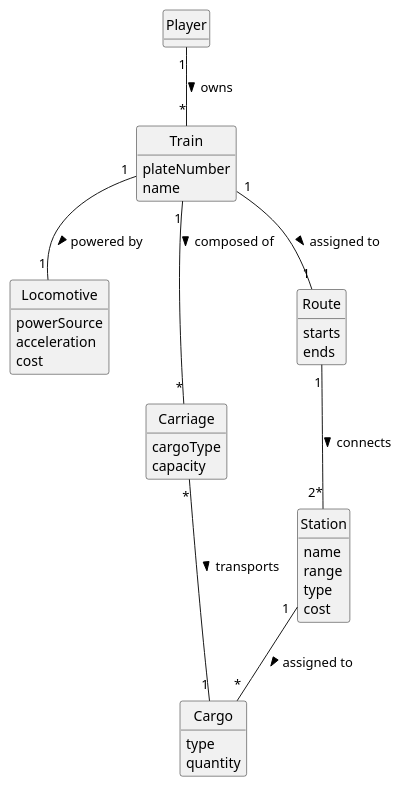
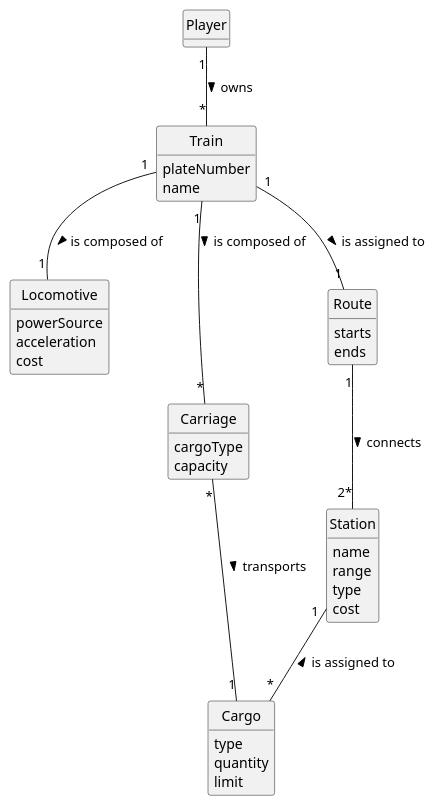
One commit to 1240826/empire-on-tracks changed the diagram in docs/system-documentation/US010/02.analysis/puml/US010-DM.puml. Above: the diagram before and after it, drawn with PlantUML. The commit also changed 9 other files, not shown here.

```diff
--- a/docs/system-documentation/US010/02.analysis/puml/US010-DM.puml
+++ b/docs/system-documentation/US010/02.analysis/puml/US010-DM.puml
@@ -1,57 +1,58 @@
 @startuml
 skinparam monochrome true
 skinparam packageStyle rectangle
 skinparam shadowing false
 
 skinparam classAttributeIconSize 0
 
 hide circle
 hide methods
 
 'title Domain Model for US010 - Assign a Train to a Route
 
 class Player {
 }
 
 class Train {
     plateNumber
     name
 }
 
 class Locomotive {
     powerSource
     acceleration
     cost
 }
 
 class Carriage {
     cargoType
     capacity
 }
 
 class Route {
     starts
     ends
 }
 
 class Station {
     name
     range
     type
     cost
 }
 
 class Cargo {
     type
     quantity
+    limit
 }
 
 Player "1" -- "*" Train : owns >
-Train "1" -- "1" Route : assigned to >
-Train "1" -- "1" Locomotive : powered by >
-Train "1" -- "*" Carriage : composed of >
+Train "1" -- "1" Route : is assigned to >
+Train "1" -- "1" Locomotive : is composed of >
+Train "1" -- "*" Carriage : is composed of >
 Route "1" -- "2*" Station : connects >
-Station "1" -- "*" Cargo : assigned to >
+Station "1" -- "*" Cargo : is assigned to <
 Carriage "*" -- "1" Cargo : transports >
 
 @enduml
```
